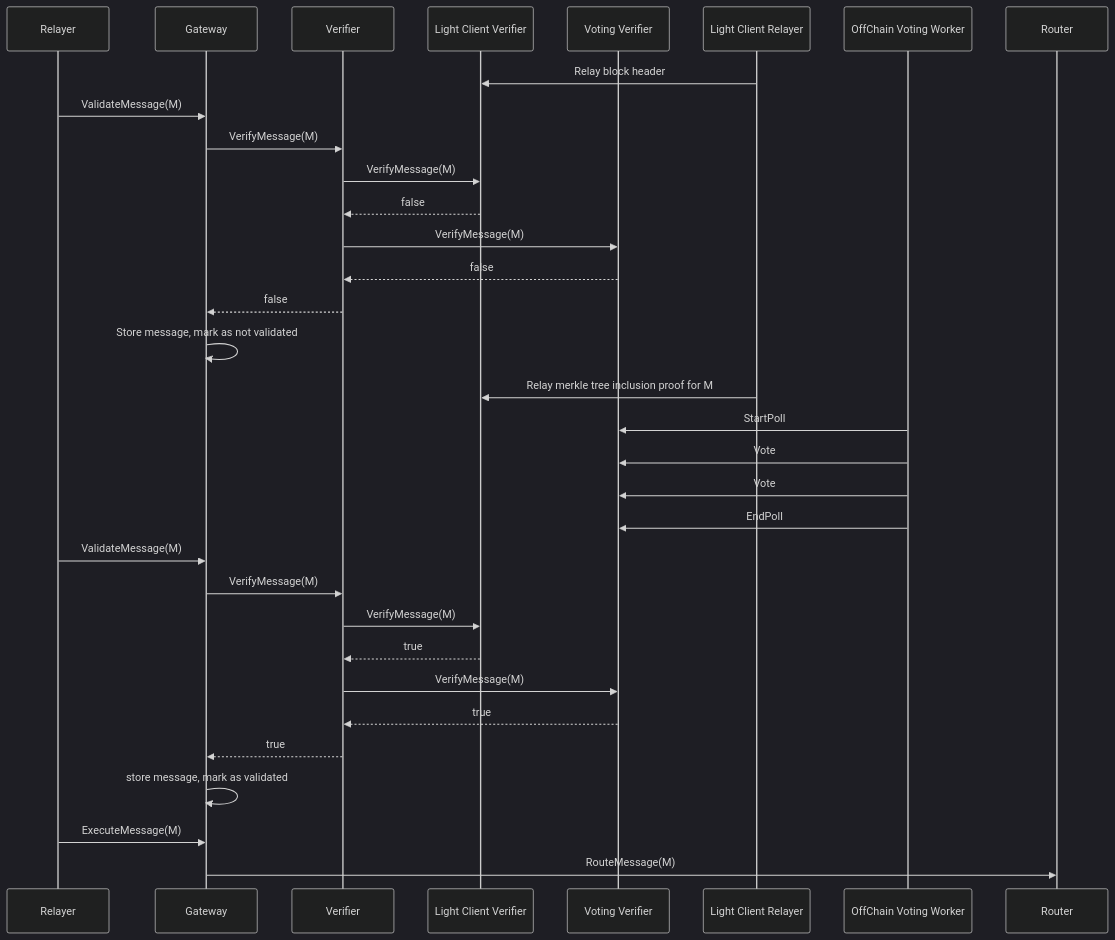
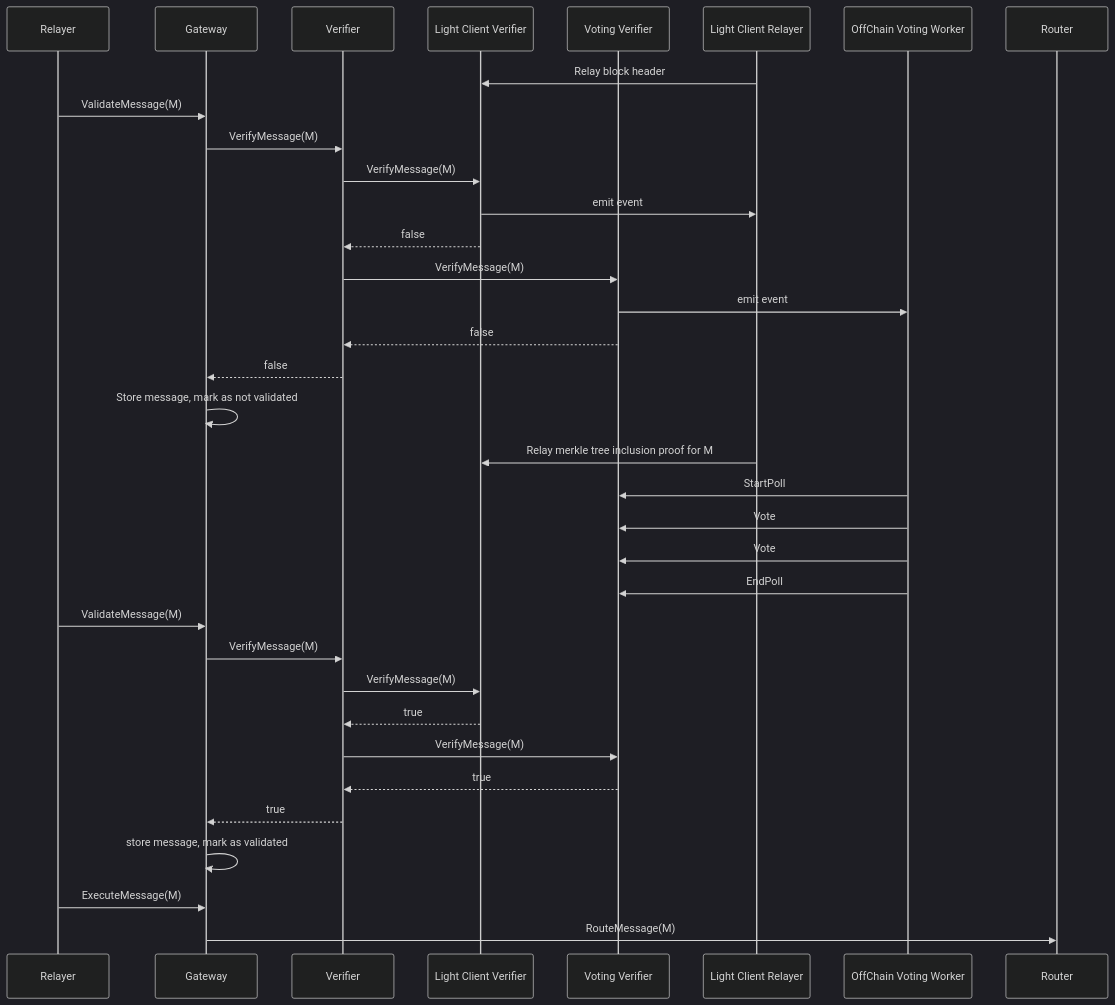
Before and after one commit to axelarnetwork/axelar-amplifier: diagram 15 of 15 in README.md, drawn with Mermaid (dark theme). The commit also changed other lines of this file, not shown here.

Commit message:
show event emission

````diff
--- a/README.md
+++ b/README.md
@@ -417,42 +426,44 @@
 ```mermaid
 sequenceDiagram
     participant Relayer
     participant Gateway
     participant Verifier
     participant Light Client Verifier
     participant Voting Verifier
     participant Light Client Relayer
     participant OffChain Voting Worker
     participant Router
 
 
     Light Client Relayer->>Light Client Verifier: Relay block header
     Relayer->>Gateway: ValidateMessage(M)
     Gateway->>Verifier: VerifyMessage(M)
     Verifier->>Light Client Verifier: VerifyMessage(M)
+    Light Client Verifier->>Light Client Relayer: emit event
     Light Client Verifier-->>Verifier: false
     Verifier->>Voting Verifier: VerifyMessage(M)
+    Voting Verifier->>OffChain Voting Worker: emit event
     Voting Verifier-->>Verifier: false
     Verifier-->>Gateway: false
     Gateway->>Gateway: Store message, mark as not validated
 
     Light Client Relayer->>Light Client Verifier: Relay merkle tree inclusion proof for M
 
     OffChain Voting Worker->>Voting Verifier: StartPoll
     OffChain Voting Worker->>Voting Verifier: Vote
     OffChain Voting Worker->>Voting Verifier: Vote
     OffChain Voting Worker->>Voting Verifier: EndPoll
 
 
     Relayer->>Gateway: ValidateMessage(M)
     Gateway->>Verifier: VerifyMessage(M)
     Verifier->>Light Client Verifier: VerifyMessage(M)
     Light Client Verifier-->>Verifier: true
     Verifier->>Voting Verifier: VerifyMessage(M)
     Voting Verifier-->>Verifier: true
     Verifier-->>Gateway: true
     Gateway->>Gateway: store message, mark as validated
 
     Relayer->>Gateway: ExecuteMessage(M)
     Gateway->>Router: RouteMessage(M)
 ```
````
